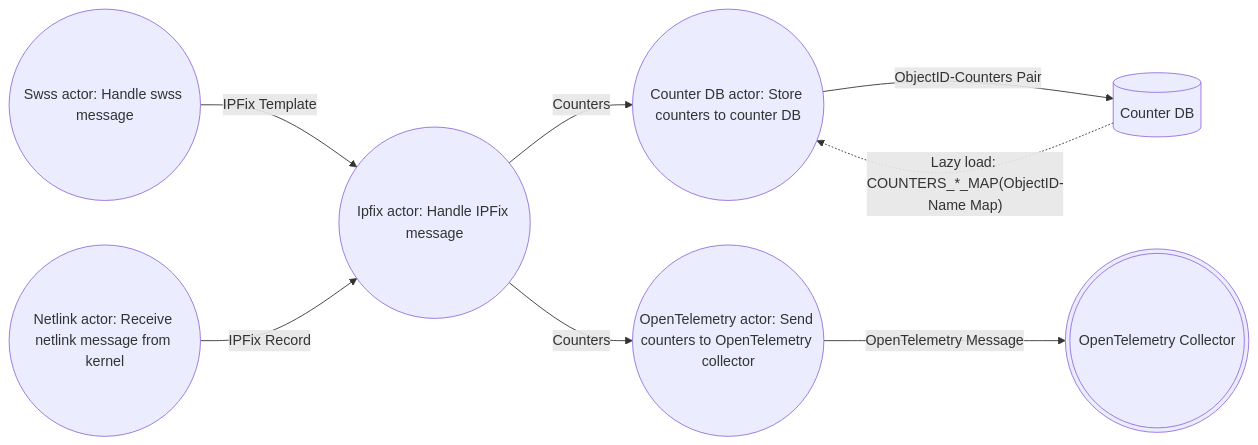
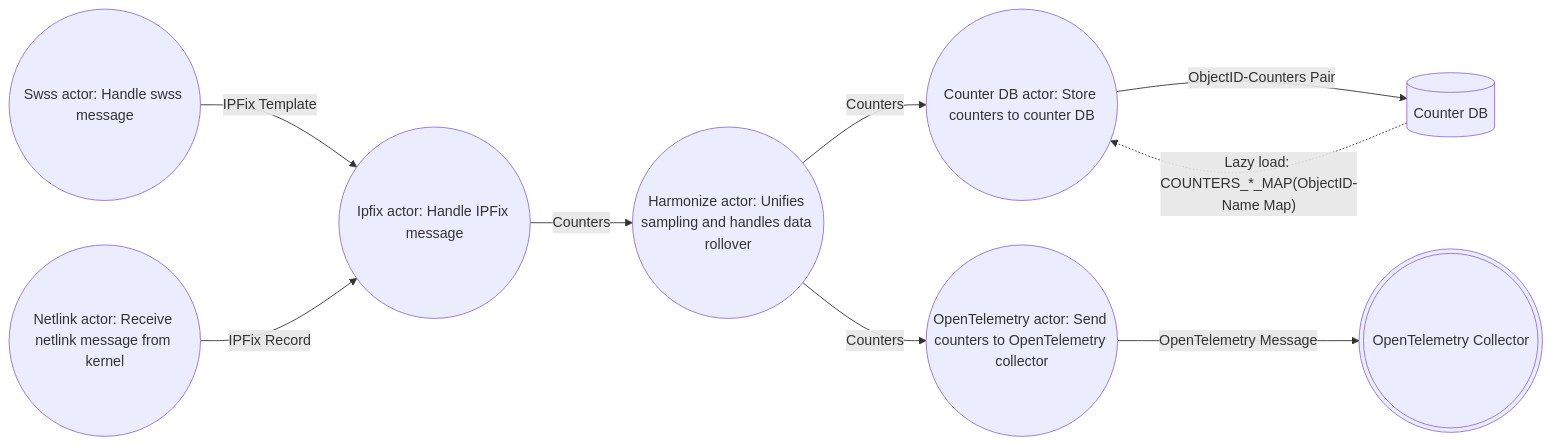
One commit to sonic-net/SONiC changed the second of 10 diagrams in doc/high-frequency-telemetry/high-frequency-telemetry-hld.md. Above: the diagram before and after it, drawn with Mermaid. The commit also changed other lines of this file and 1 other file, not shown here.

Commit message:
Enhance HFT document

````diff
--- a/doc/high-frequency-telemetry/high-frequency-telemetry-hld.md
+++ b/doc/high-frequency-telemetry/high-frequency-telemetry-hld.md
@@ -164,20 +166,22 @@
 ``` mermaid
 
 flowchart LR
     swss_act((Swss actor: Handle swss message))
     netlink_act((Netlink actor: Receive netlink message from kernel))
     ipfix_act((Ipfix actor: Handle IPFix message))
+    harmonize_act((Harmonize actor: Unifies sampling and handles data rollover))
     cdb_act((Counter DB actor: Store counters to counter DB))
     otel_act((OpenTelemetry actor: Send counters to OpenTelemetry collector))
     cdb[(Counter DB)]
     otel(((OpenTelemetry Collector)))
 
     swss_act -- IPFix Template --> ipfix_act
     netlink_act -- IPFix Record --> ipfix_act
-    ipfix_act -- Counters --> cdb_act
-    ipfix_act -- Counters --> otel_act
+    ipfix_act -- Counters --> harmonize_act
+    harmonize_act -- Counters --> cdb_act
+    harmonize_act -- Counters --> otel_act
     cdb_act -- ObjectID-Counters Pair --> cdb
     cdb -. Lazy load: COUNTERS_*_MAP(ObjectID-Name Map) .-> cdb_act
     otel_act -- OpenTelemetry Message --> otel
 
 ```
````
